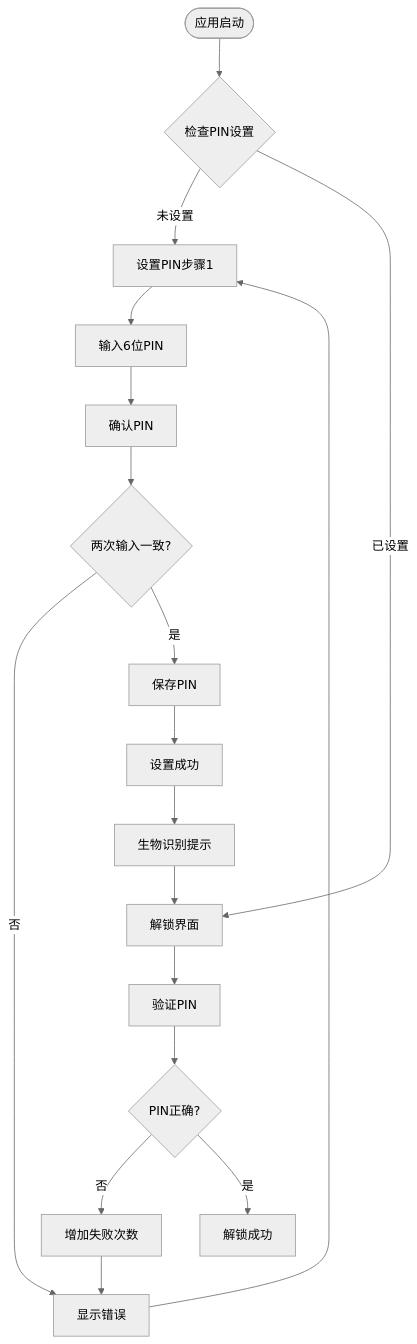
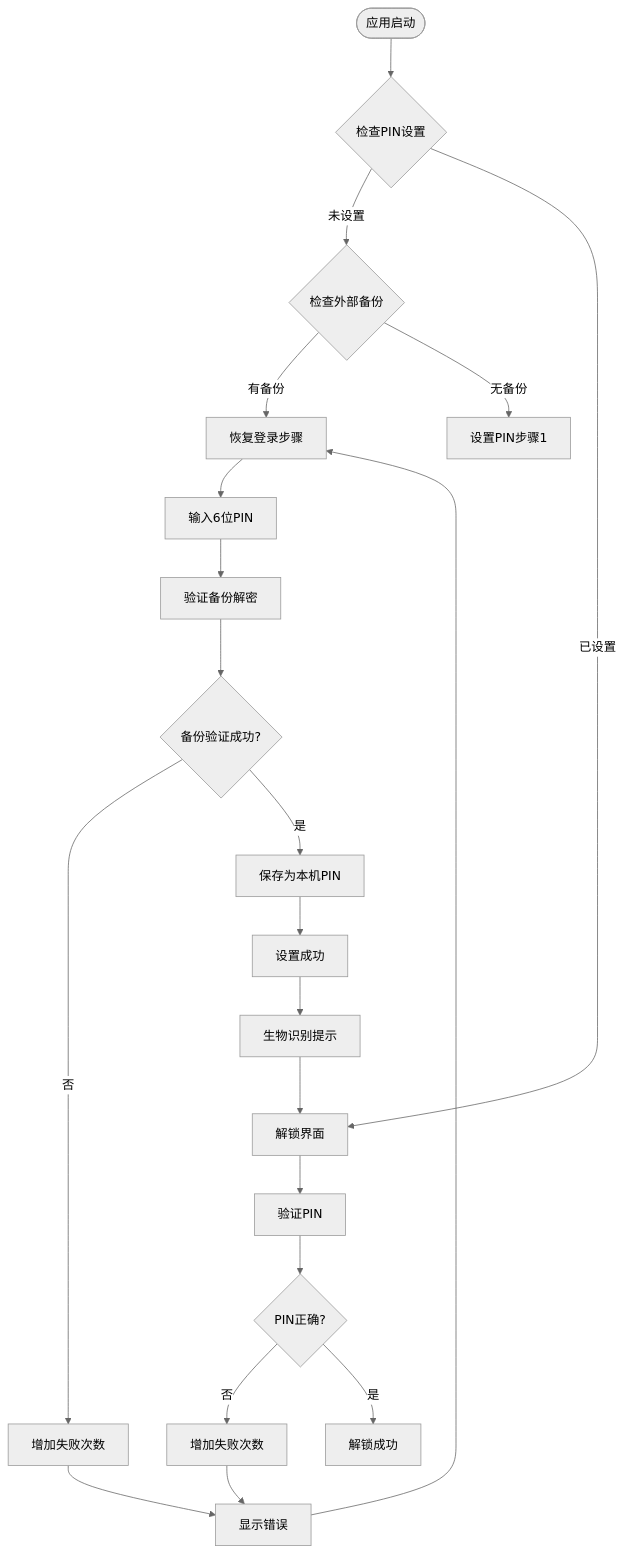
One commit to wanhongbo/ai-photo-vault changed the sixth of 12 diagrams in .qoder/repowiki/zh/content/核心功能模块/安全解锁系统/PIN管理界面.md. Above: the diagram before and after it, drawn with Mermaid (neutral theme). The commit also changed other lines of this file and 22 other files, not shown here.

````diff
--- a/.qoder/repowiki/zh/content/核心功能模块/安全解锁系统/PIN管理界面.md
+++ b/.qoder/repowiki/zh/content/核心功能模块/安全解锁系统/PIN管理界面.md
@@ -274,20 +329,23 @@
 ```mermaid
 flowchart TD
 Start([应用启动]) --> CheckSetting{检查PIN设置}
-CheckSetting --> |未设置| SetupEnter[设置PIN步骤1]
+CheckSetting --> |未设置| CheckBackup{检查外部备份}
 CheckSetting --> |已设置| Unlock[解锁界面]
-SetupEnter --> EnterPIN[输入6位PIN]
-EnterPIN --> ConfirmPIN[确认PIN]
-ConfirmPIN --> CheckMatch{两次输入一致?}
-CheckMatch --> |否| ShowError[显示错误]
-CheckMatch --> |是| SavePIN[保存PIN]
-ShowError --> SetupEnter
+CheckBackup --> |有备份| RestoreLogin[恢复登录步骤]
+CheckBackup --> |无备份| SetupEnter[设置PIN步骤1]
+RestoreLogin --> EnterPIN[输入6位PIN]
+EnterPIN --> VerifyBackup[验证备份解密]
+VerifyBackup --> CheckMatch{备份验证成功?}
+CheckMatch --> |否| IncrementFail[增加失败次数]
+CheckMatch --> |是| SavePIN[保存为本机PIN]
+IncrementFail --> ShowError[显示错误]
+ShowError --> RestoreLogin
 SavePIN --> Success[设置成功]
 Success --> BiometricPrompt[生物识别提示]
 BiometricPrompt --> Unlock
 Unlock --> VerifyPIN[验证PIN]
 VerifyPIN --> CheckCorrect{PIN正确?}
-CheckCorrect --> |否| IncrementFail[增加失败次数]
+CheckCorrect --> |否| IncrementFail2[增加失败次数]
 CheckCorrect --> |是| SuccessUnlock[解锁成功]
-IncrementFail --> ShowError
+IncrementFail2 --> ShowError
 ```
````
